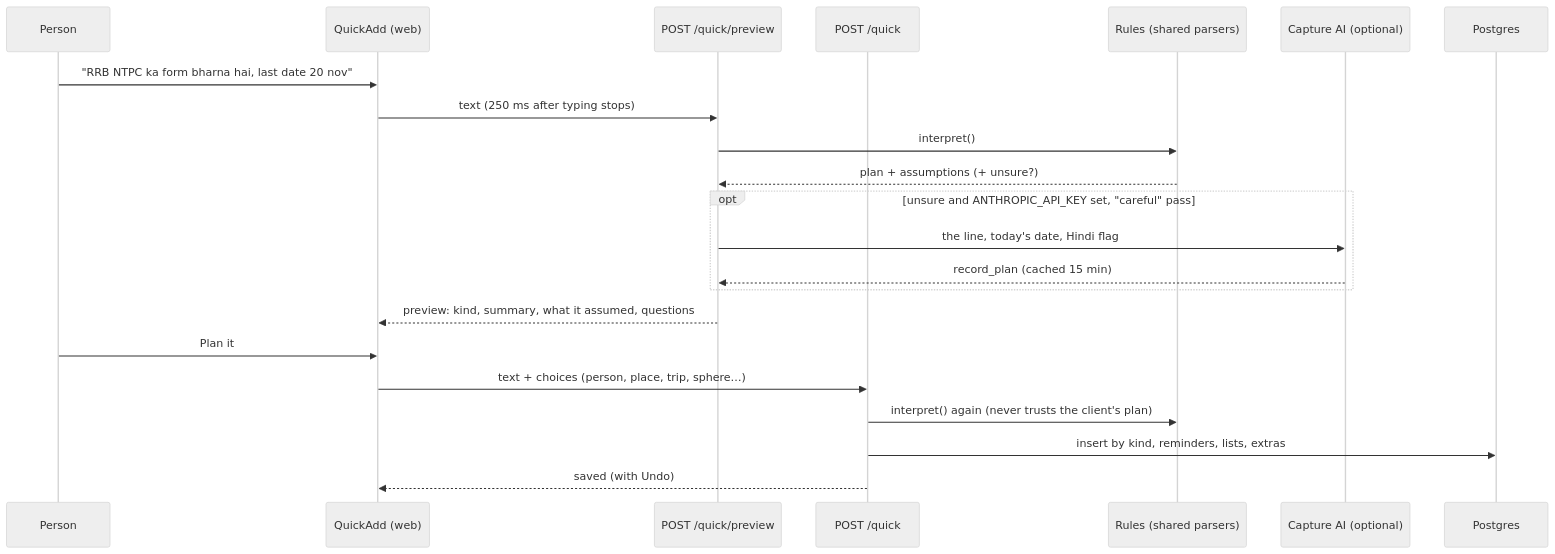
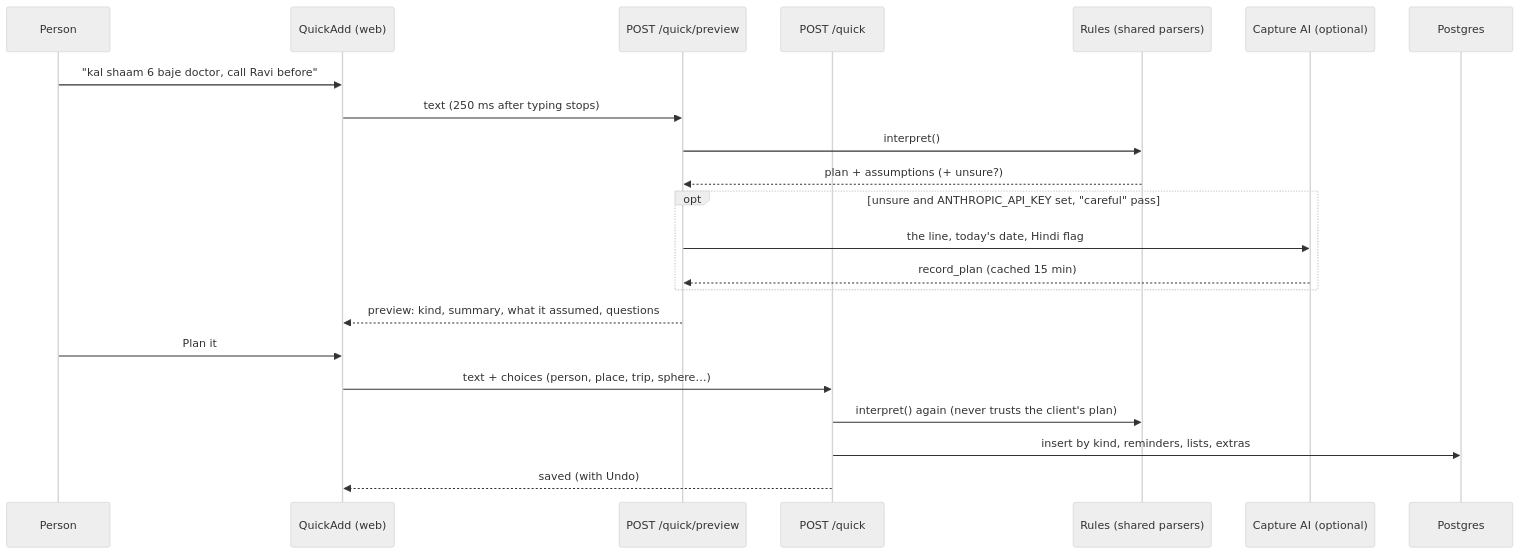
One commit to raghusince1998/cue changed the third of 6 diagrams in docs/DEVELOPER.md. Above: the diagram before and after it, drawn with Mermaid (neutral theme). The commit also changed other lines of this file and 21 other files, not shown here.

````diff
--- a/docs/DEVELOPER.md
+++ b/docs/DEVELOPER.md
@@ -455,24 +408,24 @@
 ```mermaid
 sequenceDiagram
   participant U as Person
   participant Q as QuickAdd (web)
   participant P as POST /quick/preview
   participant S as POST /quick
   participant R as Rules (shared parsers)
   participant AI as Capture AI (optional)
   participant DB as Postgres
-  U->>Q: "RRB NTPC ka form bharna hai, last date 20 nov"
+  U->>Q: "kal shaam 6 baje doctor, call Ravi before"
   Q->>P: text (250 ms after typing stops)
   P->>R: interpret()
   R-->>P: plan + assumptions (+ unsure?)
   opt unsure and ANTHROPIC_API_KEY set, "careful" pass
     P->>AI: the line, today's date, Hindi flag
     AI-->>P: record_plan (cached 15 min)
   end
   P-->>Q: preview: kind, summary, what it assumed, questions
   U->>Q: Plan it
   Q->>S: text + choices (person, place, trip, sphere…)
   S->>R: interpret() again (never trusts the client's plan)
   S->>DB: insert by kind, reminders, lists, extras
   S-->>Q: saved (with Undo)
 ```
````
